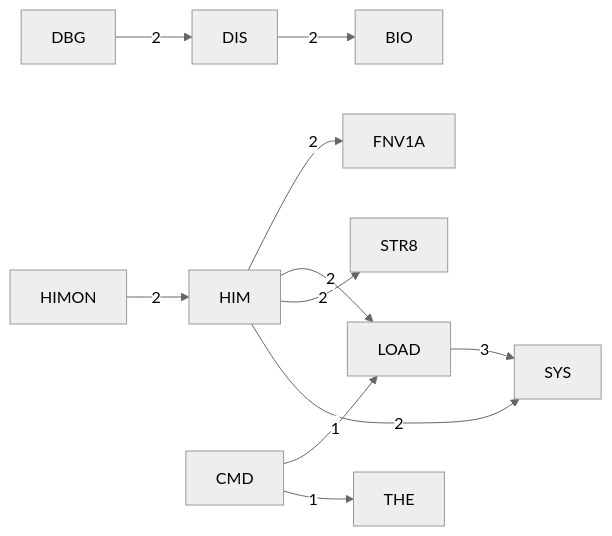
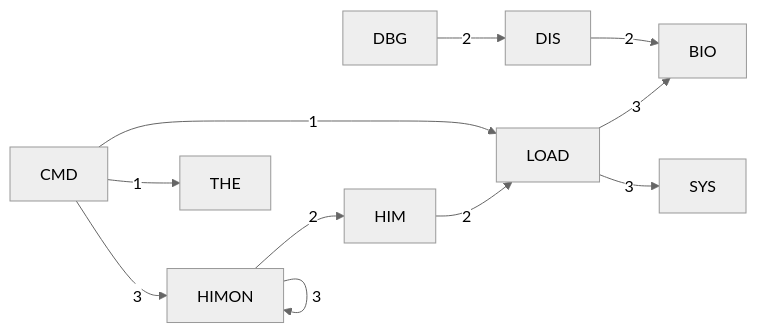
The fourth of 6 diagrams in DOC/GENERATED/HIMON_SUPPORT_MAP.md (95westus/R-YORS), drawn with Mermaid (neutral theme) before and after one commit. The commit also changed other lines of this file and 25 other files, not shown here.

````diff
--- a/DOC/GENERATED/HIMON_SUPPORT_MAP.md
+++ b/DOC/GENERATED/HIMON_SUPPORT_MAP.md
@@ -63,13 +63,13 @@
 ```mermaid
 flowchart LR
+    P_CMD[CMD] -->|3| P_HIMON[HIMON]
+    P_HIMON[HIMON] -->|3| P_HIMON[HIMON]
+    P_LOAD[LOAD] -->|3| P_BIO[BIO]
     P_LOAD[LOAD] -->|3| P_SYS[SYS]
     P_DBG[DBG] -->|2| P_DIS[DIS]
     P_DIS[DIS] -->|2| P_BIO[BIO]
-    P_HIM[HIM] -->|2| P_FNV1A[FNV1A]
     P_HIM[HIM] -->|2| P_LOAD[LOAD]
-    P_HIM[HIM] -->|2| P_STR8[STR8]
-    P_HIM[HIM] -->|2| P_SYS[SYS]
     P_HIMON[HIMON] -->|2| P_HIM[HIM]
     P_CMD[CMD] -->|1| P_LOAD[LOAD]
     P_CMD[CMD] -->|1| P_THE[THE]
 ```
````
